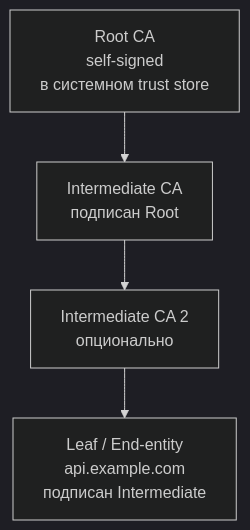
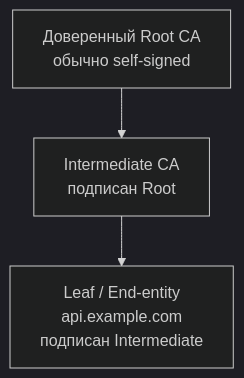
One commit to akeverus/cheat-sheet changed the third of 9 diagrams in cheatsheets/interview/security/tls-ssl-interview.md. Above: the diagram before and after it, drawn with Mermaid (dark theme). The commit also changed other lines of this file and 154 other files, not shown here.

````diff
--- a/cheatsheets/interview/security/tls-ssl-interview.md
+++ b/cheatsheets/interview/security/tls-ssl-interview.md
@@ -386,6 +401,5 @@
 ```mermaid
 graph TD
-    Root[Root CA<br/>self-signed<br/>в системном trust store] --> Intermediate1[Intermediate CA<br/>подписан Root]
-    Intermediate1 --> Intermediate2[Intermediate CA 2<br/>опционально]
-    Intermediate2 --> Leaf[Leaf / End-entity<br/>api.example.com<br/>подписан Intermediate]
+    Root[Доверенный Root CA<br/>обычно self-signed] --> Intermediate1[Intermediate CA<br/>подписан Root]
+    Intermediate1 --> Leaf[Leaf / End-entity<br/>api.example.com<br/>подписан Intermediate]
 ```
````
